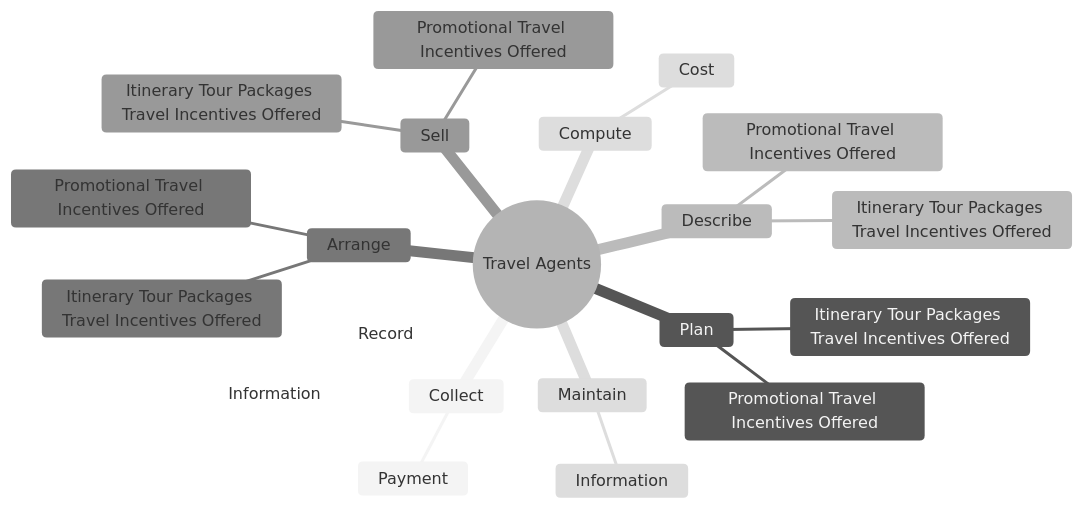
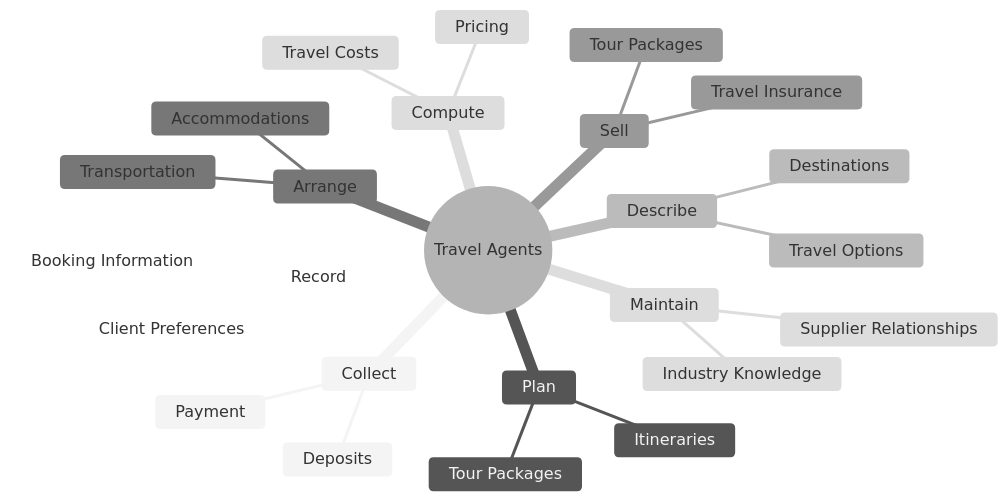
Before and after one commit to kziemski/business.org.ai: the second of 4 diagrams in occupations/Sales/TravelAgents.mdx, drawn with Mermaid (neutral theme). The commit also changed other lines of this file and 938 other files, not shown here.

````diff
--- a/occupations/Sales/TravelAgents.mdx
+++ b/occupations/Sales/TravelAgents.mdx
@@ -37,24 +45,28 @@
 ```mermaid
 mindmap
     root(("Travel Agents"))
         Collect
             Payment
+            Deposits
         Plan
-            Itinerary Tour Packages Travel Incentives Offered
-            Promotional Travel Incentives Offered
+            Itineraries
+            Tour Packages
         Describe
-            Itinerary Tour Packages Travel Incentives Offered
-            Promotional Travel Incentives Offered
+            Destinations
+            Travel Options
         Arrange
-            Itinerary Tour Packages Travel Incentives Offered
-            Promotional Travel Incentives Offered
+            Transportation
+            Accommodations
         Sell
-            Itinerary Tour Packages Travel Incentives Offered
-            Promotional Travel Incentives Offered
+            Tour Packages
+            Travel Insurance
         Compute
-            Cost
+            Travel Costs
+            Pricing
         Record
-            Information
+            Booking Information
+            Client Preferences
         Maintain
-            Information
+            Supplier Relationships
+            Industry Knowledge
 ```
````
